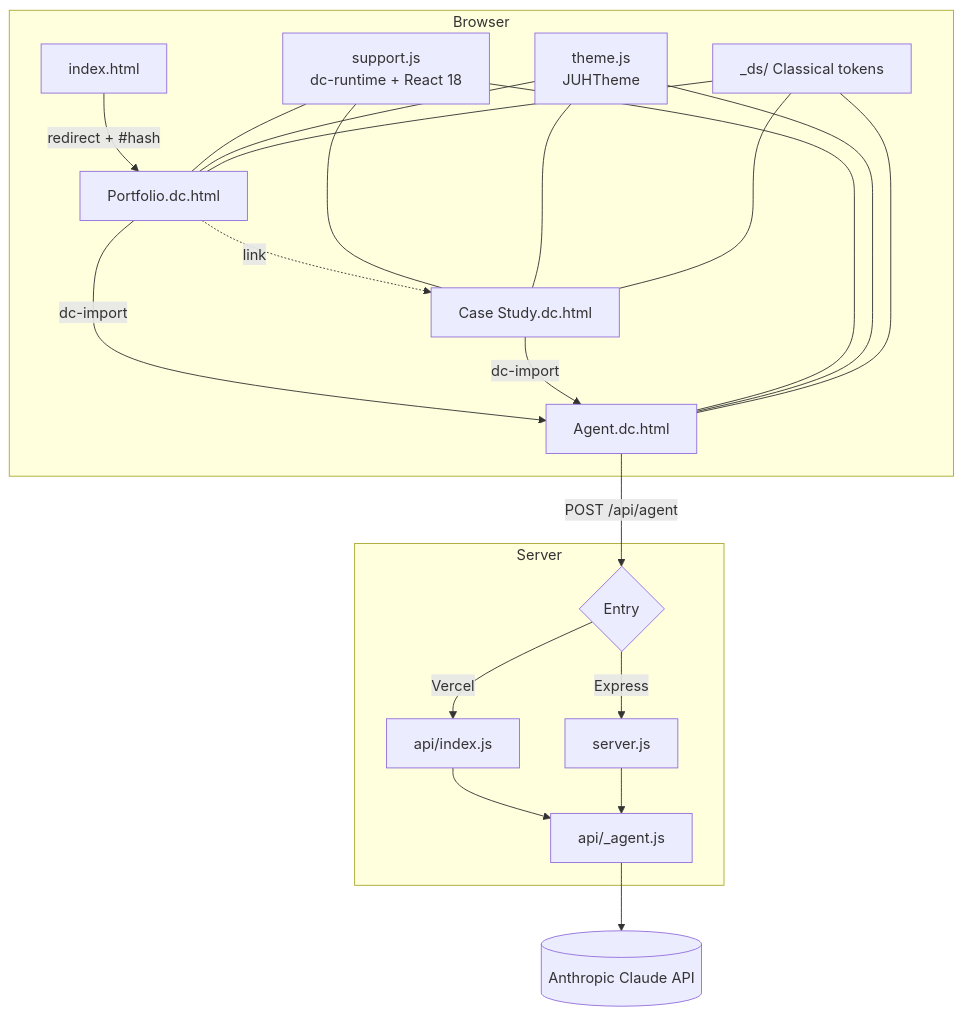
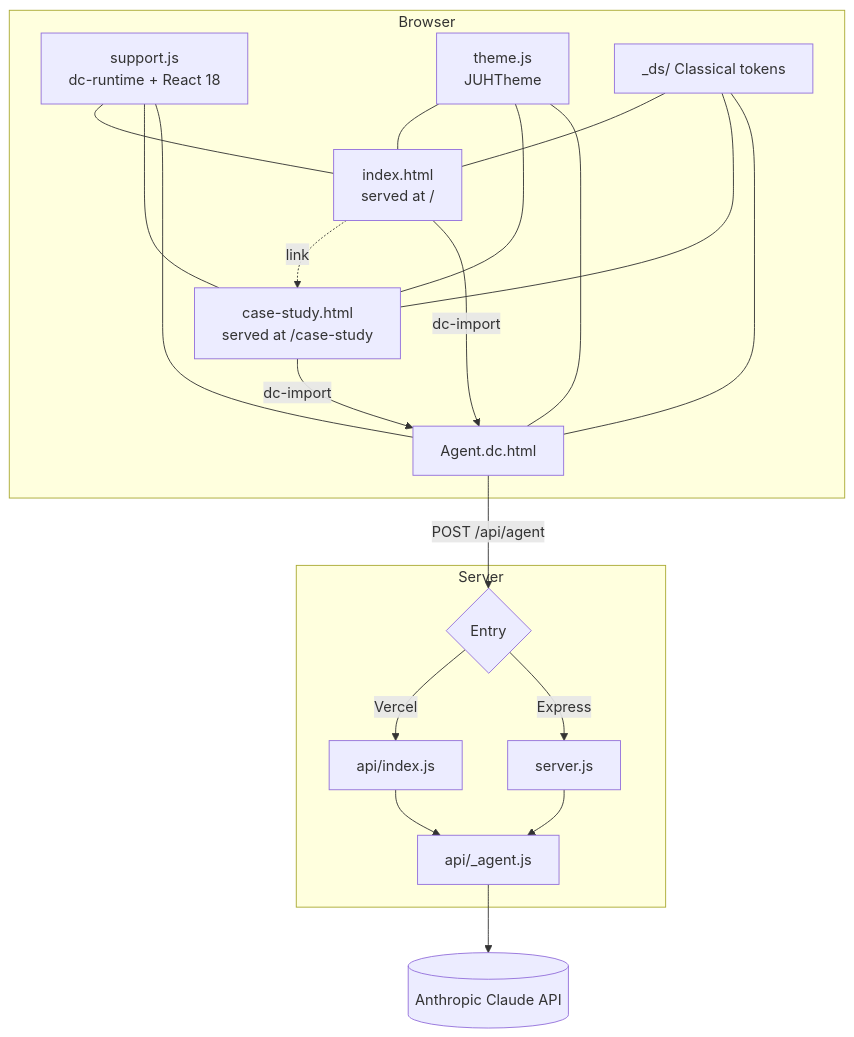
One commit to JawadulHadi/juh_Bukhari_Portfolio changed the first of 2 diagrams in docs/wiki/Architecture.md. Above: the diagram before and after it, drawn with Mermaid. The commit also changed other lines of this file and 18 other files, not shown here.

First line of the commit message:
feat: serve portfolio at / and case study at /case-study

````diff
--- a/docs/wiki/Architecture.md
+++ b/docs/wiki/Architecture.md
@@ -5,21 +5,21 @@
 ```mermaid
 flowchart TB
     subgraph Browser
-        I[index.html] -->|redirect + #hash| P[Portfolio.dc.html]
-        P -.->|link| CS[Case Study.dc.html]
+        P[index.html<br/>served at /]
+        P -.->|link| CS[case-study.html<br/>served at /case-study]
         P -->|dc-import| AG[Agent.dc.html]
         CS -->|dc-import| AG
         RT[support.js<br/>dc-runtime + React 18] --- P & CS & AG
         TH[theme.js<br/>JUHTheme] --- P & CS & AG
         DS[_ds/ Classical tokens] --- P & CS & AG
     end
     AG -- POST /api/agent --> EP
     subgraph Server
         EP{Entry}
         EP -->|Vercel| VI[api/index.js]
         EP -->|Express| SJ[server.js]
         VI --> AH[api/_agent.js]
         SJ --> AH
     end
     AH --> CL[(Anthropic Claude API)]
 ```
````
